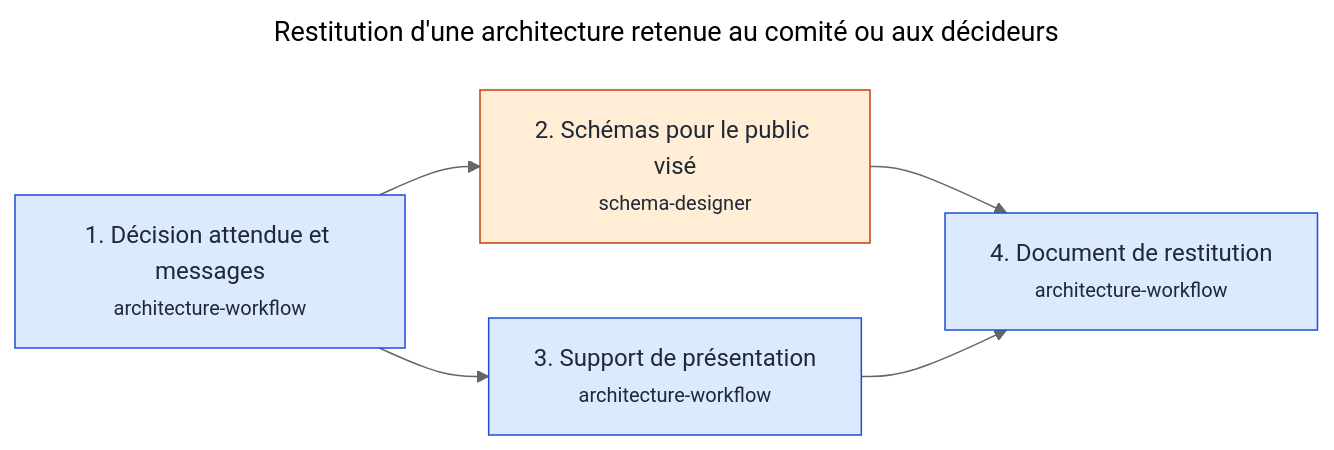
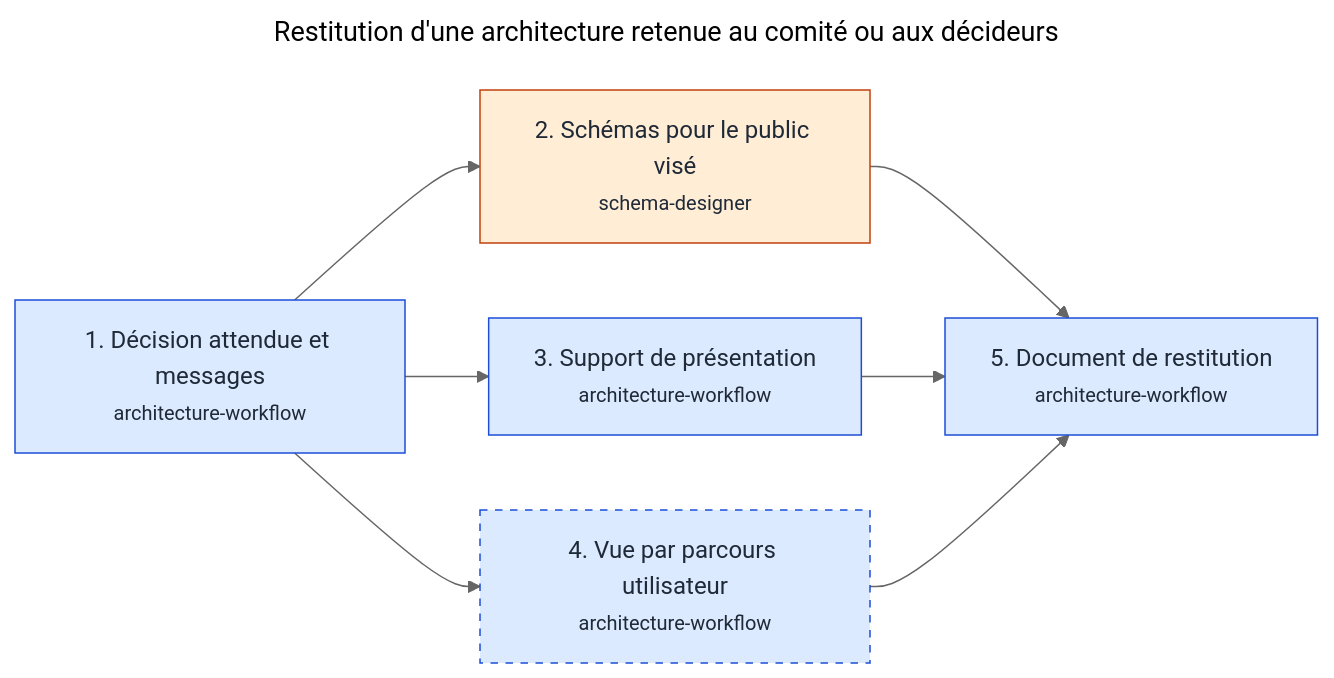
The diagram in docs/workflows/restitution.md (RenaudVanhille/myskills), drawn with Mermaid (neutral theme) before and after one commit. The commit also changed other lines of this file and 22 other files, not shown here.

First line of the commit message:
feat(solution-estimate): coût par parcours utilisateur et vue de restitution par parcours (#121)

````diff
--- a/docs/workflows/restitution.md
+++ b/docs/workflows/restitution.md
@@ -19,19 +19,23 @@
 ```mermaid
 ---
 title: "Restitution d'une architecture retenue au comité ou aux décideurs"
 ---
 flowchart LR
   s_messages["1. Décision attendue et messages<br/><small>architecture-workflow</small>"]
   s_schemas["2. Schémas pour le public visé<br/><small>schema-designer</small>"]
   s_presentation["3. Support de présentation<br/><small>architecture-workflow</small>"]
-  s_document["4. Document de restitution<br/><small>architecture-workflow</small>"]
+  s_parcours["4. Vue par parcours utilisateur<br/><small>architecture-workflow</small>"]
+  s_document["5. Document de restitution<br/><small>architecture-workflow</small>"]
   s_messages --> s_schemas
   s_messages --> s_presentation
+  s_messages --> s_parcours
   s_schemas --> s_document
   s_presentation --> s_document
+  s_parcours --> s_document
   classDef moteur fill:#dbeafe,stroke:#1d4ed8,color:#1f2937
   classDef agent fill:#ffedd5,stroke:#c2410c,color:#1f2937
   classDef facultative stroke-dasharray:5 5
-  class s_messages,s_presentation,s_document moteur
+  class s_messages,s_presentation,s_parcours,s_document moteur
   class s_schemas agent
+  class s_parcours facultative
 ```
````
